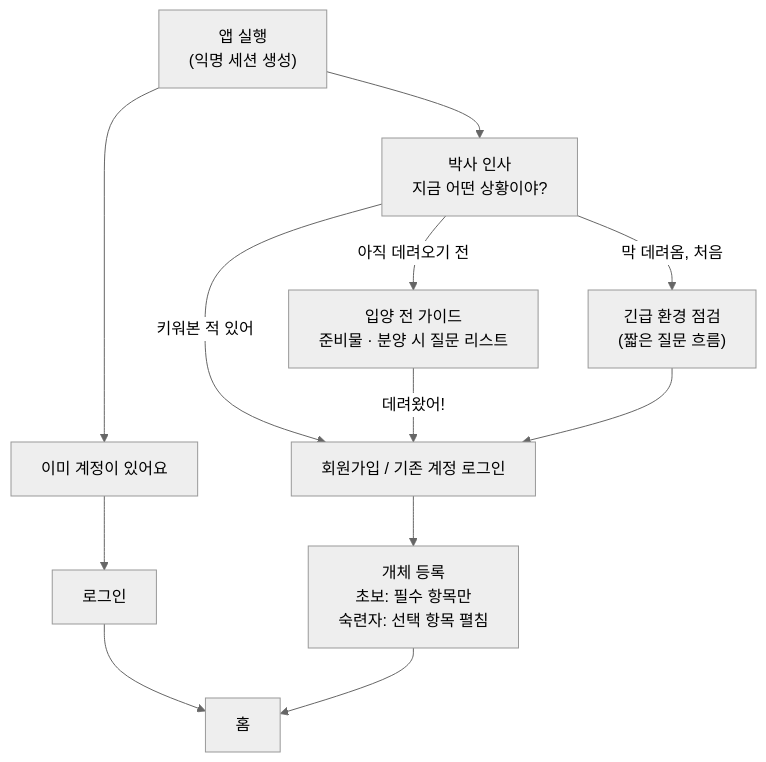
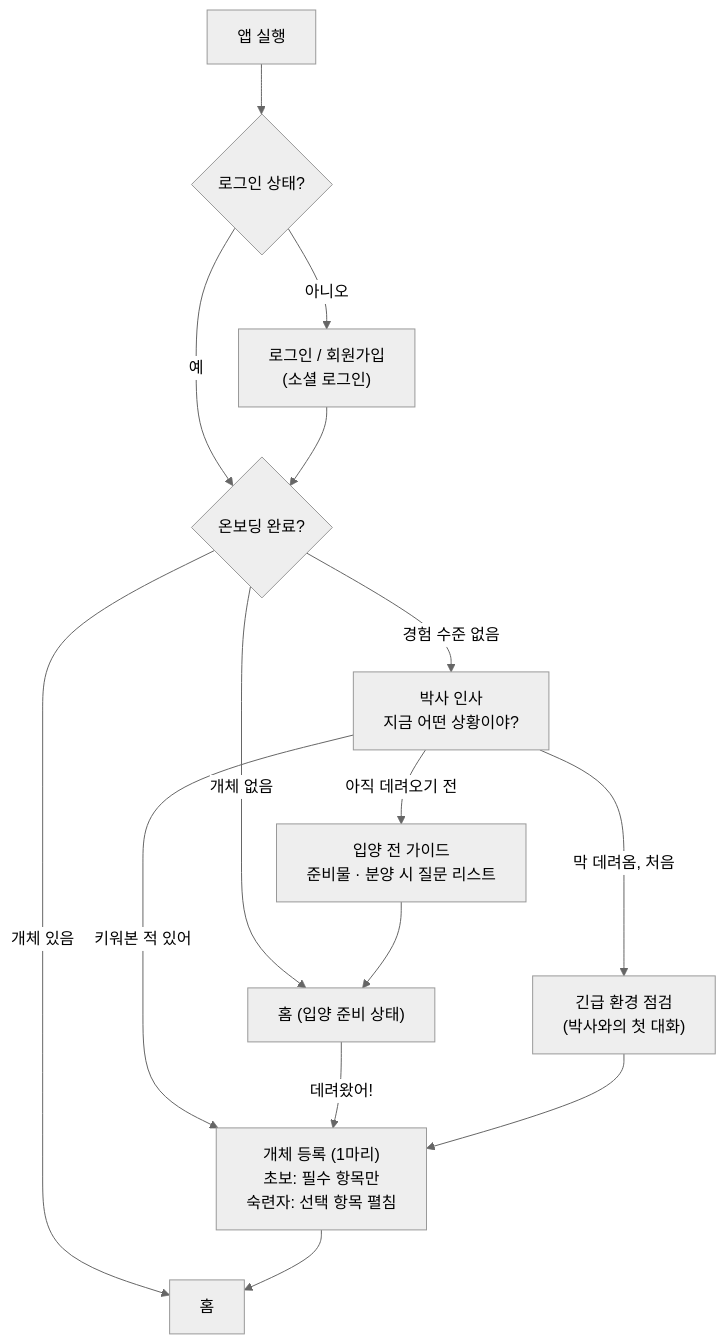
The first of 3 diagrams in docs/08-user-flow.md (bigone-77/wizard-app-planning), drawn with Mermaid (neutral theme) before and after one commit. The commit also changed other lines of this file and 21 other files, not shown here.

````diff
--- a/docs/08-user-flow.md
+++ b/docs/08-user-flow.md
@@ -17,16 +19,20 @@
 ```mermaid
 flowchart TD
-    A["앱 실행<br/>(익명 세션 생성)"] --> B["박사 인사<br/>지금 어떤 상황이야?"]
-    A --> L["이미 계정이 있어요"]
-    L --> LOGIN["로그인"] --> HOME["홈"]
+    A["앱 실행"] --> S{"로그인 상태?"}
+    S -->|아니오| AUTH["로그인 / 회원가입<br/>(소셜 로그인)"]
+    S -->|예| R{"온보딩 완료?"}
+    AUTH --> R
+
+    R -->|경험 수준 없음| B["박사 인사<br/>지금 어떤 상황이야?"]
+    R -->|개체 없음| PREHOME["홈 (입양 준비 상태)"]
+    R -->|개체 있음| HOME["홈"]
 
     B -->|아직 데려오기 전| PRE["입양 전 가이드<br/>준비물 · 분양 시 질문 리스트"]
-    B -->|막 데려옴, 처음| EMG["긴급 환경 점검<br/>(짧은 질문 흐름)"]
-    B -->|키워본 적 있어| AUTH
+    B -->|막 데려옴, 처음| EMG["긴급 환경 점검<br/>(박사와의 첫 대화)"]
+    B -->|키워본 적 있어| REG
 
-    PRE -->|데려왔어!| AUTH["회원가입 / 기존 계정 로그인"]
-    EMG --> AUTH
-
-    AUTH --> REG["개체 등록<br/>초보: 필수 항목만<br/>숙련자: 선택 항목 펼침"]
+    PRE --> PREHOME
+    PREHOME -->|데려왔어!| REG
+    EMG --> REG["개체 등록 (1마리)<br/>초보: 필수 항목만<br/>숙련자: 선택 항목 펼침"]
     REG --> HOME
 ```
````
